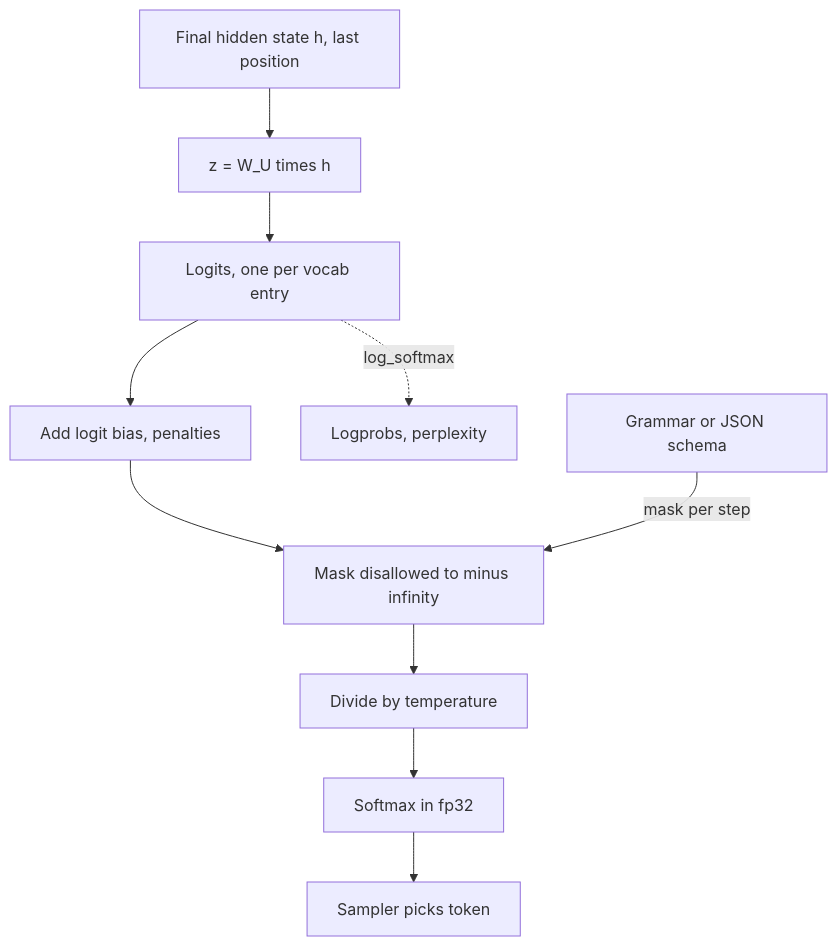
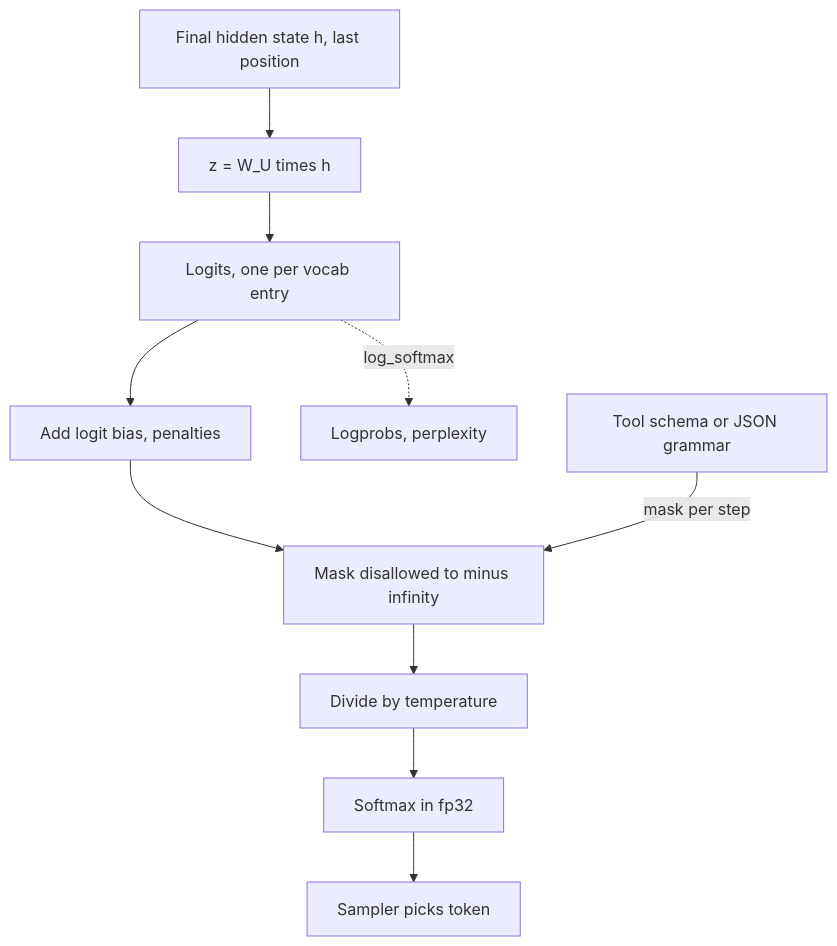
Before and after one commit to lovishmahajan97/agentic-learning: the diagram in content/model-internals/logits.md, drawn with Mermaid. The commit also changed other lines of this file and 485 other files, not shown here.

````diff
--- a/content/model-internals/logits.md
+++ b/content/model-internals/logits.md
@@ -99,12 +114,12 @@
 ```mermaid
 flowchart TD
     H["Final hidden state h, last position"] --> U["z = W_U times h"]
     U --> Z["Logits, one per vocab entry"]
     Z --> B["Add logit bias, penalties"]
     B --> M["Mask disallowed to minus infinity"]
     M --> T["Divide by temperature"]
     T --> S["Softmax in fp32"]
     S --> SM["Sampler picks token"]
     Z -.->|"log_softmax"| L["Logprobs, perplexity"]
-    G["Grammar or JSON schema"] -->|"mask per step"| M
+    G["Tool schema or JSON grammar"] -->|"mask per step"| M
 ```
````
